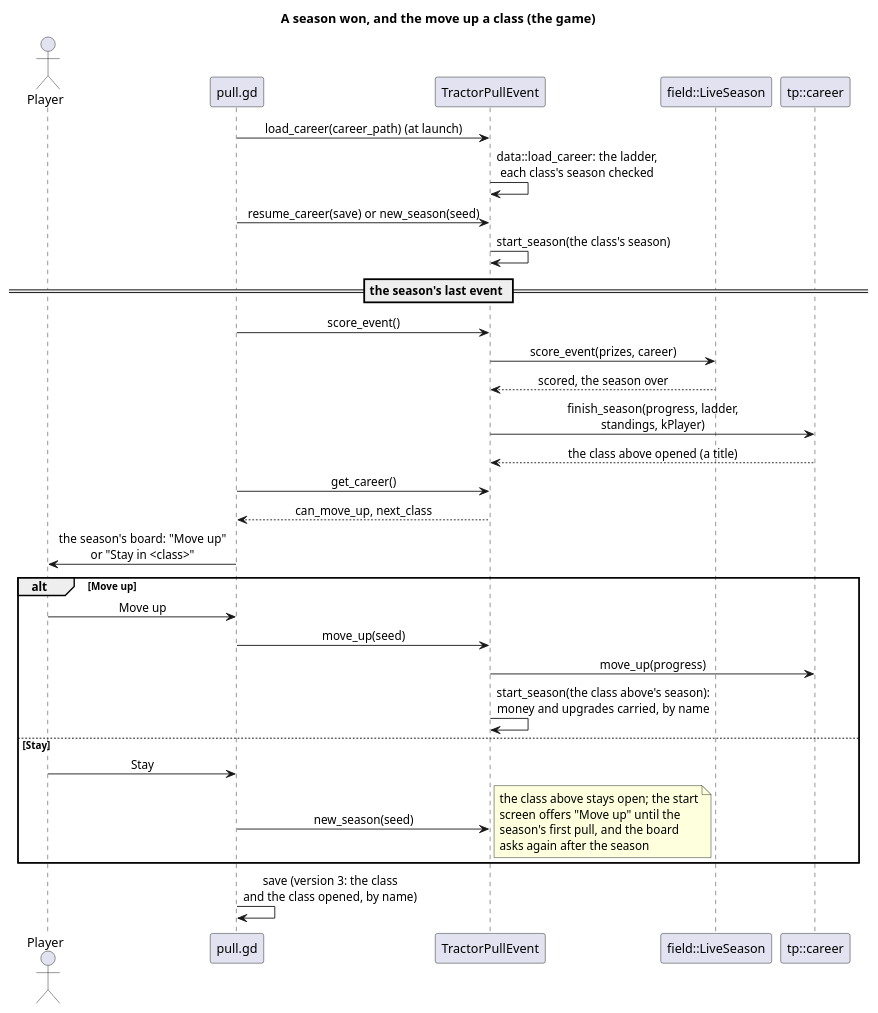
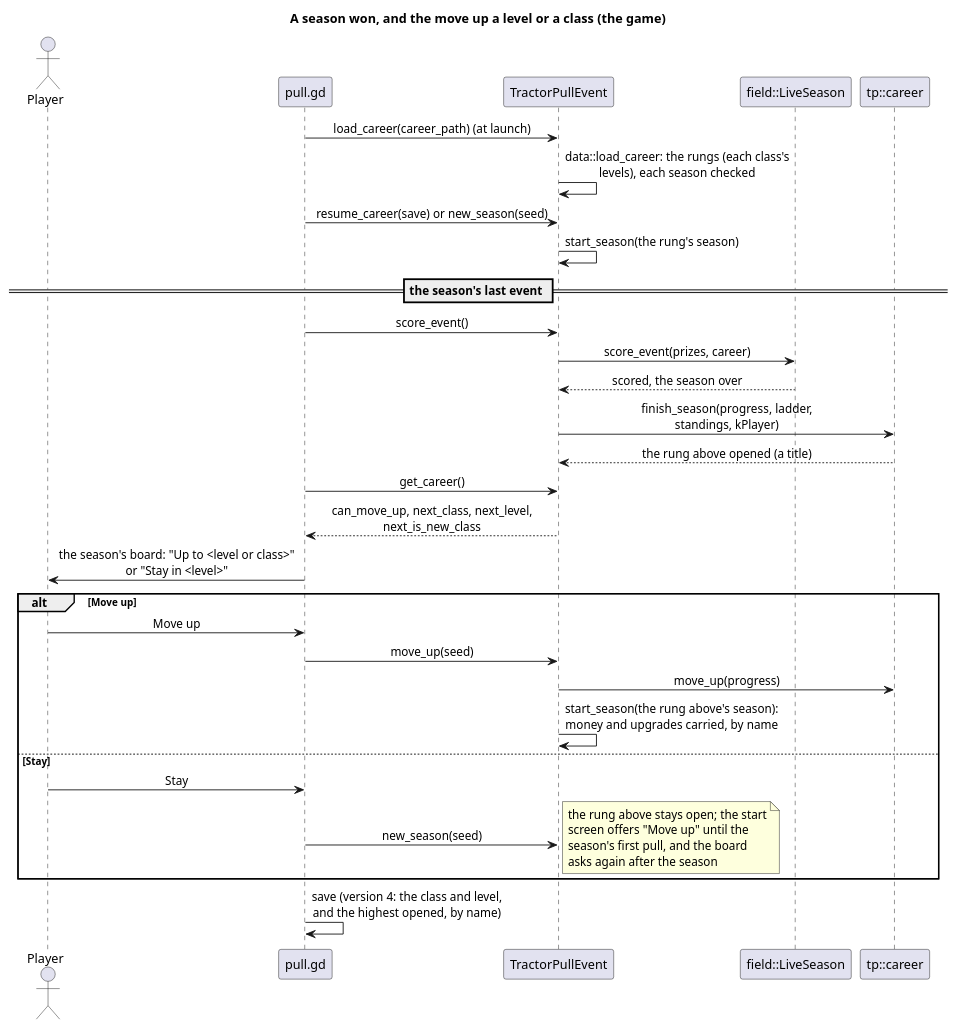
Before and after one commit to wversteeg/TractorPulling: the diagram in docs/diagrams/career_promotion_sequence.puml, drawn with PlantUML. The commit also changed 14 other files, not shown here.

```diff
--- a/docs/diagrams/career_promotion_sequence.puml
+++ b/docs/diagrams/career_promotion_sequence.puml
@@ -1,37 +1,37 @@
 @startuml career_promotion_sequence
-title A season won, and the move up a class (the game)
+title A season won, and the move up a level or a class (the game)
 skinparam sequenceMessageAlign center
 
 actor Player
 participant "pull.gd" as Game
 participant "TractorPullEvent" as Event
 participant "field::LiveSeason" as Season
 participant "tp::career" as Career
 
 Game -> Event : load_career(career_path) (at launch)
-Event -> Event : data::load_career: the ladder,\neach class's season checked
+Event -> Event : data::load_career: the rungs (each class's\nlevels), each season checked
 Game -> Event : resume_career(save) or new_season(seed)
-Event -> Event : start_season(the class's season)
+Event -> Event : start_season(the rung's season)
 
 == the season's last event ==
 Game -> Event : score_event()
 Event -> Season : score_event(prizes, career)
 Season --> Event : scored, the season over
 Event -> Career : finish_season(progress, ladder,\nstandings, kPlayer)
-Career --> Event : the class above opened (a title)
+Career --> Event : the rung above opened (a title)
 Game -> Event : get_career()
-Event --> Game : can_move_up, next_class
-Game -> Player : the season's board: "Move up"\nor "Stay in <class>"
+Event --> Game : can_move_up, next_class, next_level,\nnext_is_new_class
+Game -> Player : the season's board: "Up to <level or class>"\nor "Stay in <level>"
 
 alt Move up
   Player -> Game : Move up
   Game -> Event : move_up(seed)
   Event -> Career : move_up(progress)
-  Event -> Event : start_season(the class above's season):\nmoney and upgrades carried, by name
+  Event -> Event : start_season(the rung above's season):\nmoney and upgrades carried, by name
 else Stay
   Player -> Game : Stay
   Game -> Event : new_season(seed)
-  note right : the class above stays open; the start\nscreen offers "Move up" until the\nseason's first pull, and the board\nasks again after the season
+  note right : the rung above stays open; the start\nscreen offers "Move up" until the\nseason's first pull, and the board\nasks again after the season
 end
-Game -> Game : save (version 3: the class\nand the class opened, by name)
+Game -> Game : save (version 4: the class and level,\nand the highest opened, by name)
 @enduml
```
